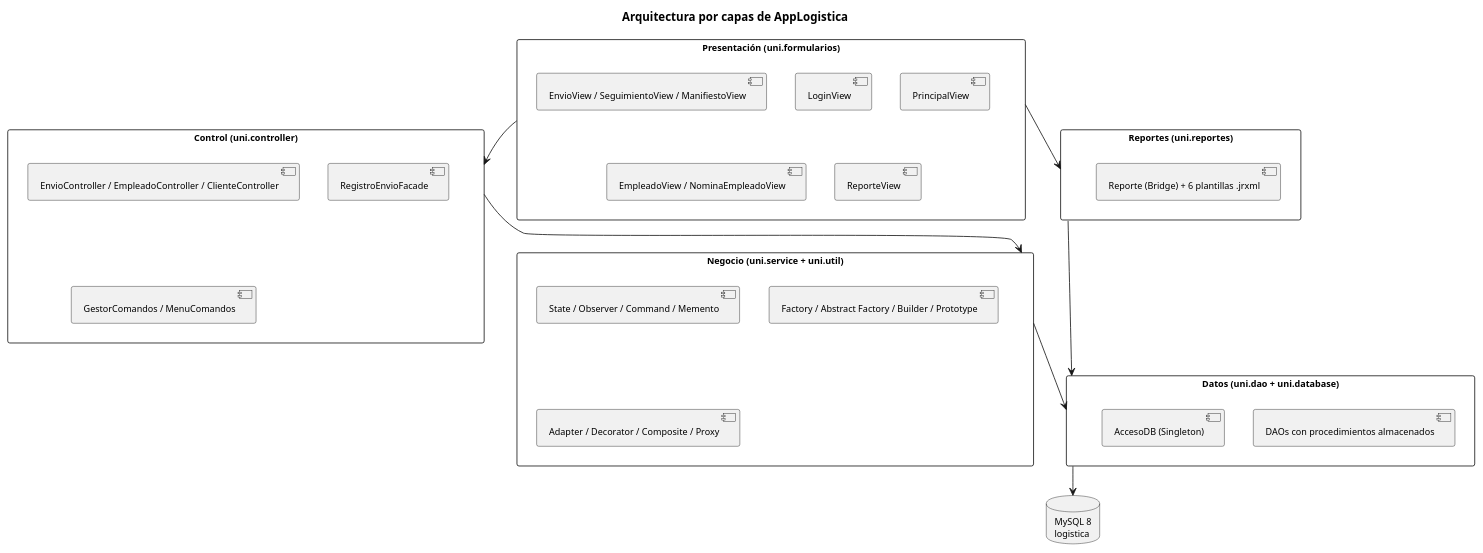
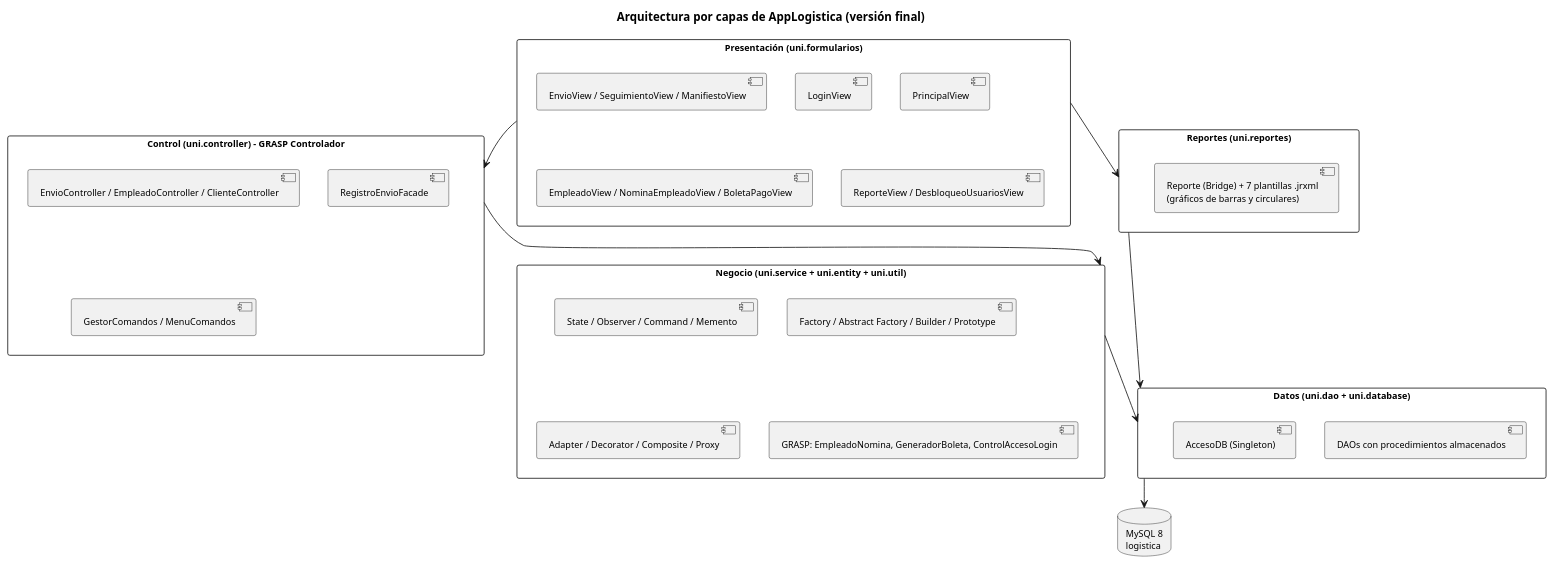
The diagram in diagramas/arquitectura_capas.puml (alexandra585/PlataformaLogistica_Patrones), drawn with PlantUML before and after one commit. The commit also changed 51 other files, not shown here.

First line of the commit message:
Version final: graficos circulares en reportes, bloqueo del login tras 3 intentos, GRASP completo (Creador, Controlador, Bajo acoplamiento, Alta cohesion), script SQL 04, README por semana e informe final Cap I-XII

```diff
--- a/diagramas/arquitectura_capas.puml
+++ b/diagramas/arquitectura_capas.puml
@@ -1,37 +1,38 @@
 @startuml arquitectura_capas
 skinparam defaultFontSize 11
 skinparam packageStyle rectangle
-title Arquitectura por capas de AppLogistica
+title Arquitectura por capas de AppLogistica (versión final)
 
 package "Presentación (uni.formularios)" as P {
-  [LoginView] 
+  [LoginView]
   [PrincipalView]
   [EnvioView / SeguimientoView / ManifiestoView]
-  [EmpleadoView / NominaEmpleadoView]
-  [ReporteView]
+  [EmpleadoView / NominaEmpleadoView / BoletaPagoView]
+  [ReporteView / DesbloqueoUsuariosView]
 }
-package "Control (uni.controller)" as C {
+package "Control (uni.controller) - GRASP Controlador" as C {
   [EnvioController / EmpleadoController / ClienteController]
   [RegistroEnvioFacade]
   [GestorComandos / MenuComandos]
 }
-package "Negocio (uni.service + uni.util)" as N {
+package "Negocio (uni.service + uni.entity + uni.util)" as N {
   [State / Observer / Command / Memento]
   [Factory / Abstract Factory / Builder / Prototype]
   [Adapter / Decorator / Composite / Proxy]
+  [GRASP: EmpleadoNomina, GeneradorBoleta, ControlAccesoLogin]
 }
 package "Reportes (uni.reportes)" as R {
-  [Reporte (Bridge) + 6 plantillas .jrxml]
+  [Reporte (Bridge) + 7 plantillas .jrxml\n(gráficos de barras y circulares)]
 }
 package "Datos (uni.dao + uni.database)" as D {
   [DAOs con procedimientos almacenados]
   [AccesoDB (Singleton)]
 }
 database "MySQL 8\nlogistica" as DB
 P --> C
 C --> N
 P --> R
 R --> D
 N --> D
 D --> DB
 @enduml
```
